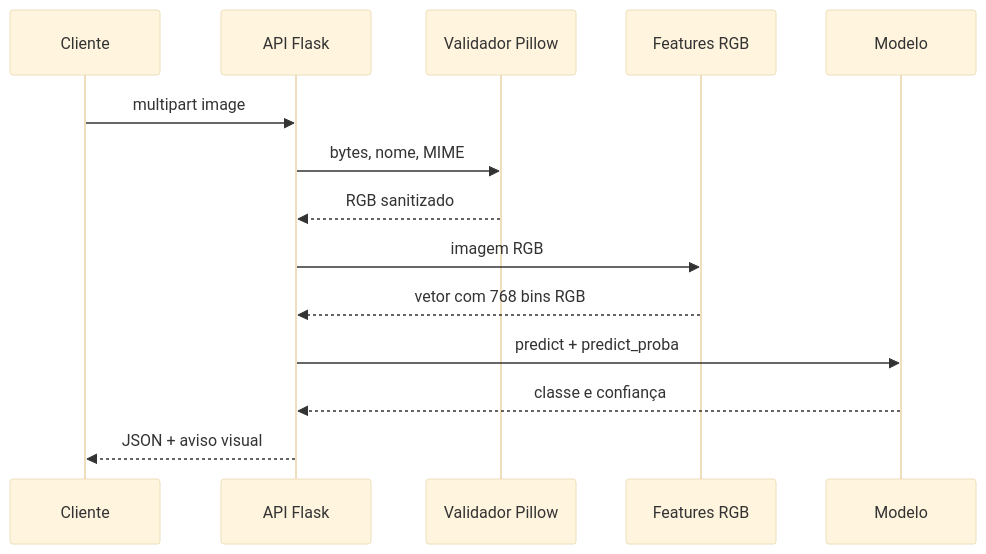
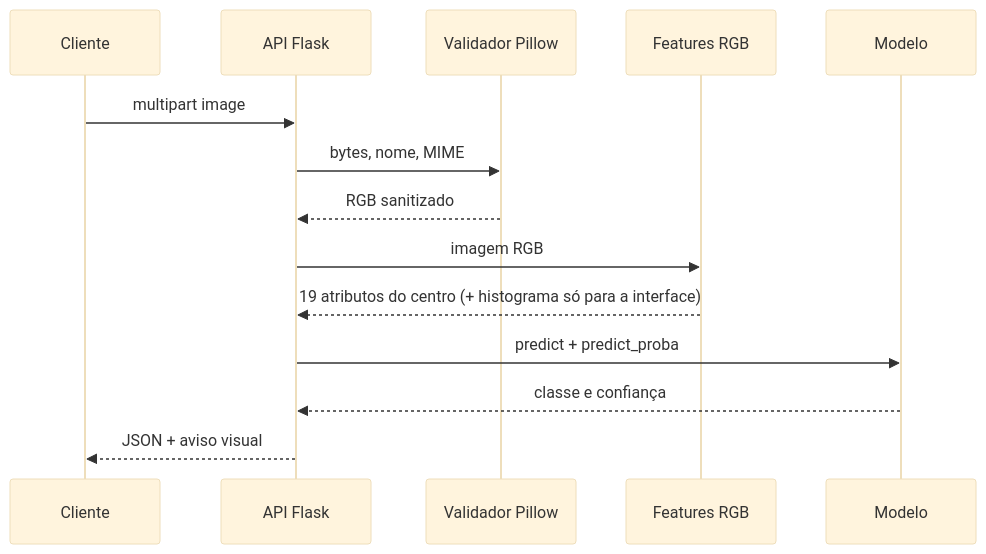
The fourth of 6 diagrams in docs/ARQUITETURA.md (PedroArlyx/water-clarity-classifier), drawn with Mermaid (base theme) before and after one commit. The commit also changed other lines of this file and 25 other files, not shown here.

````diff
--- a/docs/ARQUITETURA.md
+++ b/docs/ARQUITETURA.md
@@ -48,16 +47,16 @@
 ```mermaid
 sequenceDiagram
     participant C as Cliente
     participant A as API Flask
     participant V as Validador Pillow
     participant F as Features RGB
     participant M as Modelo
     C->>A: multipart image
     A->>V: bytes, nome, MIME
     V-->>A: RGB sanitizado
     A->>F: imagem RGB
-    F-->>A: vetor com 768 bins RGB
+    F-->>A: 19 atributos do centro (+ histograma só para a interface)
     A->>M: predict + predict_proba
     M-->>A: classe e confiança
     A-->>C: JSON + aviso visual
 ```
````
